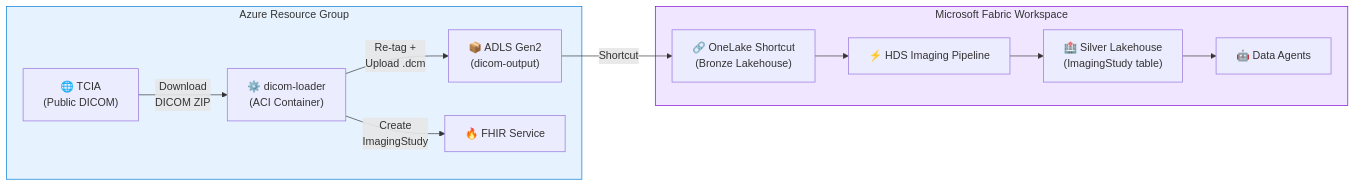
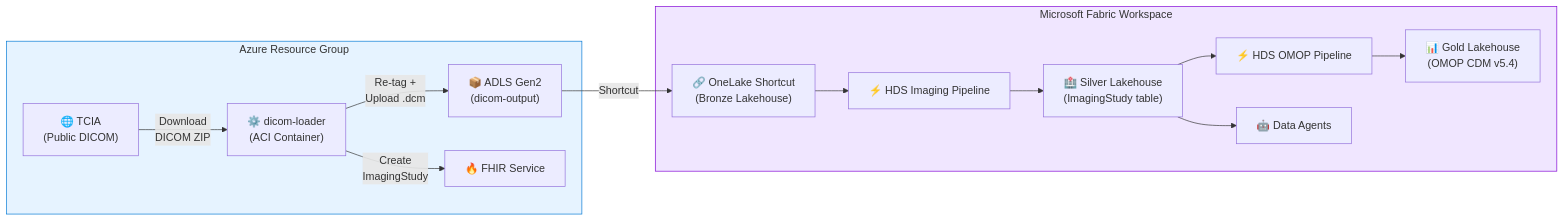
The third of 5 diagrams in README.md (kfprugger/med-device-fabric-emulator), drawn with Mermaid before and after one commit. The commit also changed 1 other file, not shown here.

Commit message:
update rad q's for agents and update diagrams

````diff
--- a/README.md
+++ b/README.md
@@ -144,26 +144,29 @@
 ```mermaid
 flowchart LR
     subgraph Azure["Azure Resource Group"]
         TCIA["🌐 TCIA\n(Public DICOM)"]
         DicomLoader["⚙️ dicom-loader\n(ACI Container)"]
         ADLS["📦 ADLS Gen2\n(dicom-output)"]
         FHIR["🔥 FHIR Service"]
     end
 
     subgraph Fabric["Microsoft Fabric Workspace"]
         Shortcut["🔗 OneLake Shortcut\n(Bronze Lakehouse)"]
         Pipeline["⚡ HDS Imaging Pipeline"]
         Silver["🏥 Silver Lakehouse\n(ImagingStudy table)"]
+        OMOP["⚡ HDS OMOP Pipeline"]
+        Gold["📊 Gold Lakehouse\n(OMOP CDM v5.4)"]
         Agents["🤖 Data Agents"]
     end
 
     TCIA -->|"Download\nDICOM ZIP"| DicomLoader
     DicomLoader -->|"Re-tag +\nUpload .dcm"| ADLS
     DicomLoader -->|"Create\nImagingStudy"| FHIR
     ADLS -->|"Shortcut"| Shortcut
     Shortcut --> Pipeline --> Silver
+    Silver --> OMOP --> Gold
     Silver --> Agents
 
     style Azure fill:#e6f3ff,stroke:#0078d4
     style Fabric fill:#f0e6ff,stroke:#8000d4
 ```
````
